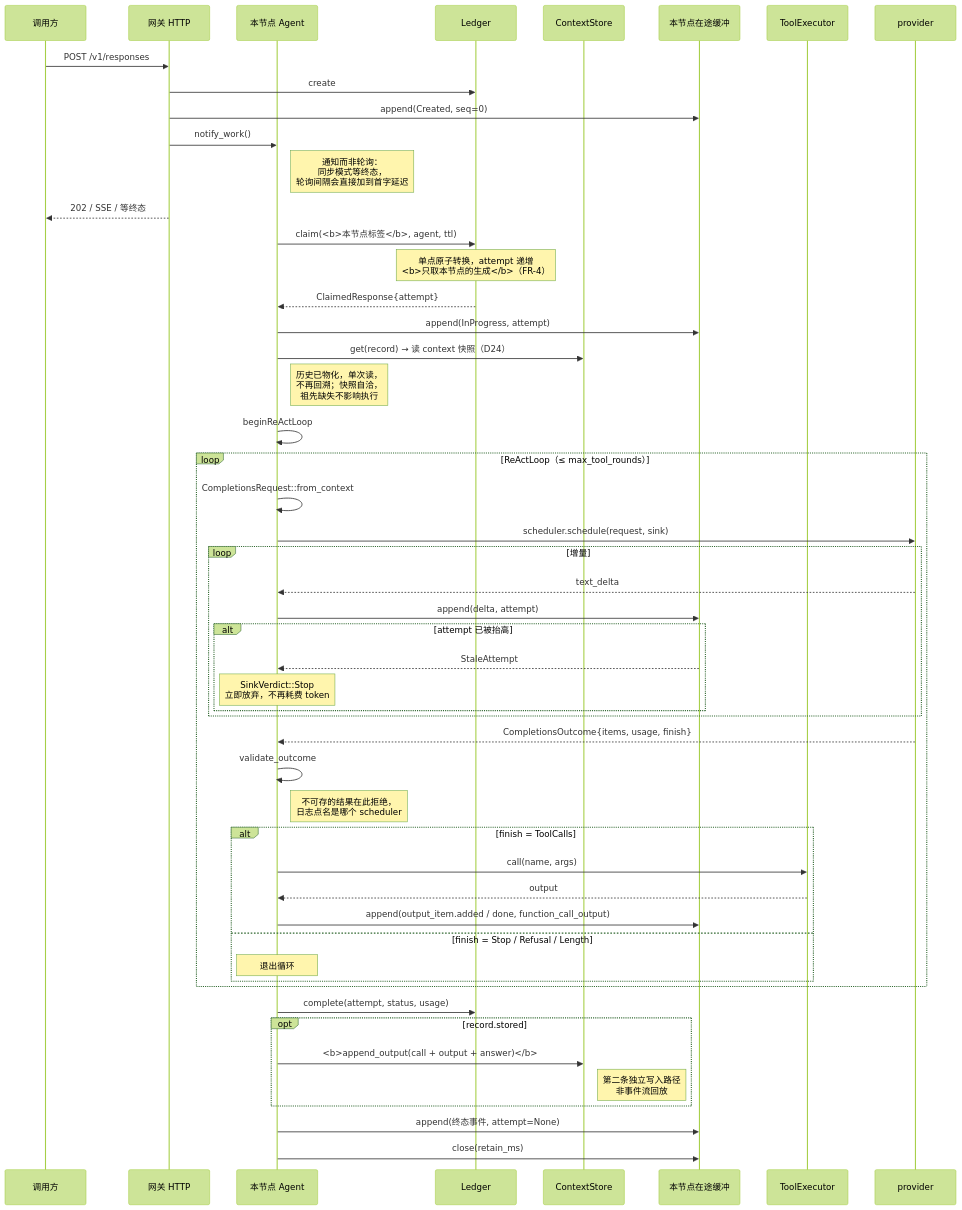
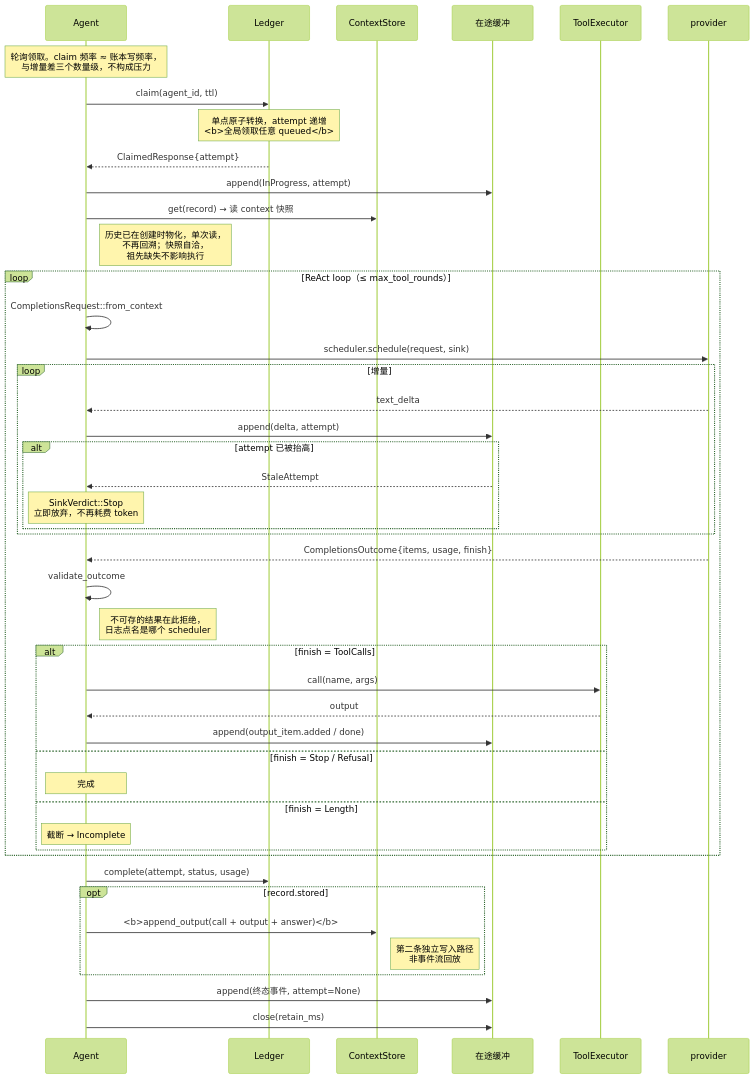
One commit to charleslyh/nova-chat changed the fifth of 9 diagrams in docs/design/00-architecture-review.md. Above: the diagram before and after it, drawn with Mermaid (forest theme). The commit also changed other lines of this file and 91 other files, not shown here.

````diff
--- a/docs/design/00-architecture-review.md
+++ b/docs/design/00-architecture-review.md
@@ -388,61 +417,54 @@
 ```mermaid
 sequenceDiagram
-    participant C as 调用方
-    participant G as 网关 HTTP
-    participant E as 本节点 Agent
+    participant E as Agent
     participant L as Ledger
     participant S as ContextStore
-    participant B as 本节点在途缓冲
+    participant B as 在途缓冲
     participant T as ToolExecutor
     participant P as provider
 
-    C->>G: POST /v1/responses
-    G->>L: create
-    G->>B: append(Created, seq=0)
-    G->>E: notify_work()
-    Note right of E: 通知而非轮询：<br/>同步模式等终态，<br/>轮询间隔会直接加到首字延迟
-    G-->>C: 202 / SSE / 等终态
-
-    E->>L: claim(<b>本节点标签</b>, agent, ttl)
-    Note over L: 单点原子转换，attempt 递增<br/><b>只取本节点的生成</b>（FR-4）
+    Note over E: 轮询领取。claim 频率 ≈ 账本写频率，<br/>与增量差三个数量级，不构成压力
+    E->>L: claim(agent_id, ttl)
+    Note over L: 单点原子转换，attempt 递增<br/><b>全局领取任意 queued</b>
     L-->>E: ClaimedResponse{attempt}
     E->>B: append(InProgress, attempt)
 
-    E->>S: get(record) → 读 context 快照（D24）
-    Note right of E: 历史已物化，单次读，<br/>不再回溯；快照自洽，<br/>祖先缺失不影响执行
+    E->>S: get(record) → 读 context 快照
+    Note right of E: 历史已在创建时物化，单次读，<br/>不再回溯；快照自洽，<br/>祖先缺失不影响执行
 
-    E->>E: beginReActLoop
-    loop ReActLoop（≤ max_tool_rounds）
+    loop ReAct loop（≤ max_tool_rounds）
         E->>E: CompletionsRequest::from_context
         E->>P: scheduler.schedule(request, sink)
 
         loop 增量
             P-->>E: text_delta
             E->>B: append(delta, attempt)
             alt attempt 已被抬高
                 B-->>E: StaleAttempt
                 Note over E: SinkVerdict::Stop<br/>立即放弃，不再耗费 token
             end
         end
 
         P-->>E: CompletionsOutcome{items, usage, finish}
         E->>E: validate_outcome
         Note right of E: 不可存的结果在此拒绝，<br/>日志点名是哪个 scheduler
 
         alt finish = ToolCalls
             E->>T: call(name, args)
             T-->>E: output
-            E->>B: append(output_item.added / done, function_call_output)
-        else finish = Stop / Refusal / Length
-            Note over E: 退出循环
+            E->>B: append(output_item.added / done)
+        else finish = Stop / Refusal
+            Note over E: 完成
+        else finish = Length
+            Note over E: 截断 → Incomplete
         end
     end
 
     E->>L: complete(attempt, status, usage)
     opt record.stored
     E->>S: <b>append_output(call + output + answer)</b>
     Note right of S: 第二条独立写入路径<br/>非事件流回放
     end
     E->>B: append(终态事件, attempt=None)
     E->>B: close(retain_ms)
 ```
````
